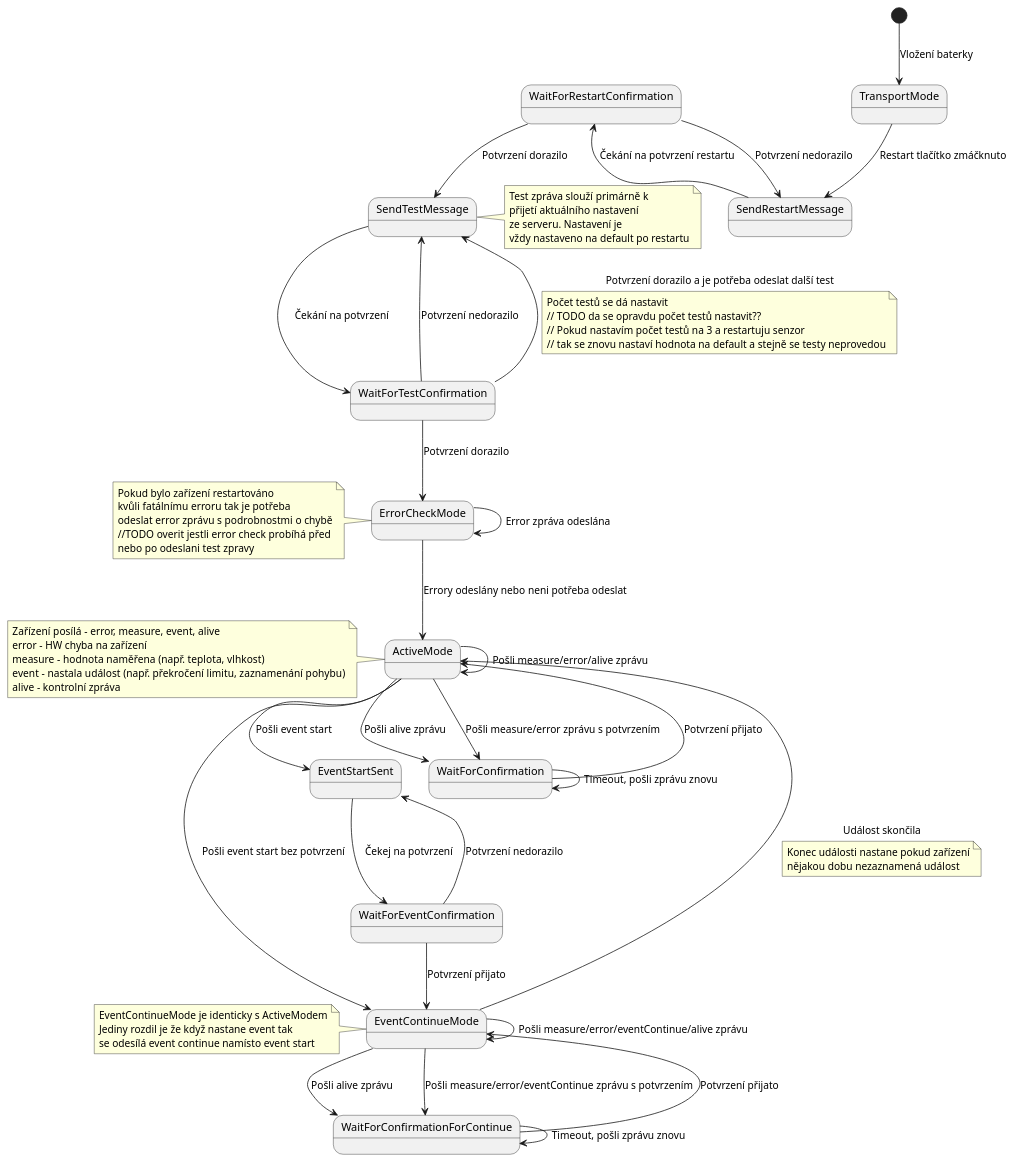
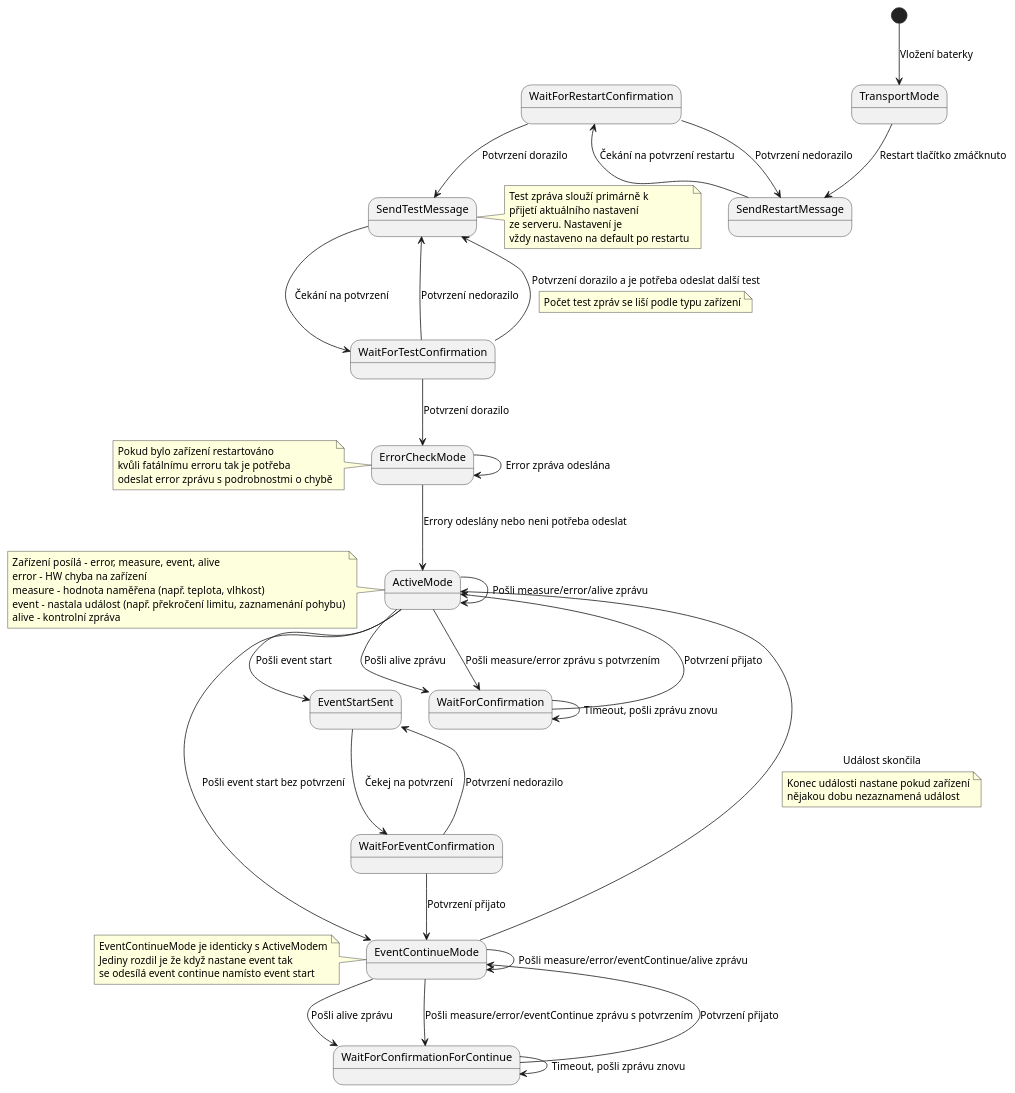
One commit to Netlia/documentation changed the diagram in deviceComunicationDocumentation.MD. Above: the diagram before and after it, drawn with PlantUML. The commit also changed other lines of this file and 1 other file, not shown here.

Commit message:
improved error documentation, corected diagram, fixed restart message

```diff
--- a/deviceComunicationDocumentation.MD
+++ b/deviceComunicationDocumentation.MD
@@ -1170,76 +1070,71 @@
 @startuml
 [*] --> TransportMode : Vložení baterky
 TransportMode --> SendRestartMessage : Restart tlačítko zmáčknuto
 
 SendRestartMessage --> WaitForRestartConfirmation : Čekání na potvrzení restartu
 WaitForRestartConfirmation --> SendRestartMessage : Potvrzení nedorazilo
 WaitForRestartConfirmation --> SendTestMessage : Potvrzení dorazilo
 
 SendTestMessage --> WaitForTestConfirmation : Čekání na potvrzení
 WaitForTestConfirmation --> SendTestMessage : Potvrzení nedorazilo
 note right of SendTestMessage
 Test zpráva slouží primárně k
 přijetí aktuálního nastavení
 ze serveru. Nastavení je
 vždy nastaveno na default po restartu
 end note
 
 WaitForTestConfirmation --> ErrorCheckMode : Potvrzení dorazilo
 WaitForTestConfirmation --> SendTestMessage : Potvrzení dorazilo a je potřeba odeslat další test
 Note on link
-Počet testů se dá nastavit
-// TODO da se opravdu počet testů nastavit??
-// Pokud nastavím počet testů na 3 a restartuju senzor
-// tak se znovu nastaví hodnota na default a stejně se testy neprovedou
+Počet test zpráv se liší podle typu zařízení
 endNote
 
 ErrorCheckMode --> ActiveMode : Errory odeslány nebo neni potřeba odeslat
 ErrorCheckMode --> ErrorCheckMode : Error zpráva odeslána
 note left of ErrorCheckMode
 Pokud bylo zařízení restartováno
 kvůli fatálnímu erroru tak je potřeba
 odeslat error zprávu s podrobnostmi o chybě
-//TODO overit jestli error check probíhá před
-nebo po odeslani test zpravy
 end note
 
 ActiveMode --> EventStartSent : Pošli event start
 
 WaitForConfirmation --> ActiveMode : Potvrzení přijato
 WaitForConfirmation --> WaitForConfirmation : Timeout, pošli zprávu znovu
 
 ActiveMode --> WaitForConfirmation : Pošli alive zprávu
 note left of ActiveMode
 Zařízení posílá - error, measure, event, alive
 error - HW chyba na zařízení
 measure - hodnota naměřena (např. teplota, vlhkost)
 event - nastala událost (např. překročení limitu, zaznamenání pohybu)
 alive - kontrolní zpráva
 end note
 
 ActiveMode --> ActiveMode : Pošli measure/error/alive zprávu
 ActiveMode --> WaitForConfirmation : Pošli measure/error zprávu s potvrzením
 ActiveMode --> EventContinueMode : Pošli event start bez potvrzení
 
 EventStartSent --> WaitForEventConfirmation : Čekej na potvrzení
 WaitForEventConfirmation --> EventStartSent : Potvrzení nedorazilo
 WaitForEventConfirmation --> EventContinueMode : Potvrzení přijato
 
 EventContinueMode --> WaitForConfirmationForContinue : Pošli alive zprávu
 note left of EventContinueMode
 EventContinueMode je identicky s ActiveModem
 Jediny rozdil je že když nastane event tak
 se odesílá event continue namísto event start
 end note
 
 EventContinueMode --> EventContinueMode : Pošli measure/error/eventContinue/alive zprávu
 EventContinueMode --> WaitForConfirmationForContinue : Pošli measure/error/eventContinue zprávu s potvrzením
 EventContinueMode --> ActiveMode : Událost skončila
 note on link
 Konec události nastane pokud zařízení
 nějakou dobu nezaznamená událost
 end note
 
 WaitForConfirmationForContinue --> EventContinueMode : Potvrzení přijato
 WaitForConfirmationForContinue --> WaitForConfirmationForContinue : Timeout, pošli zprávu znovu
 @enduml
```
